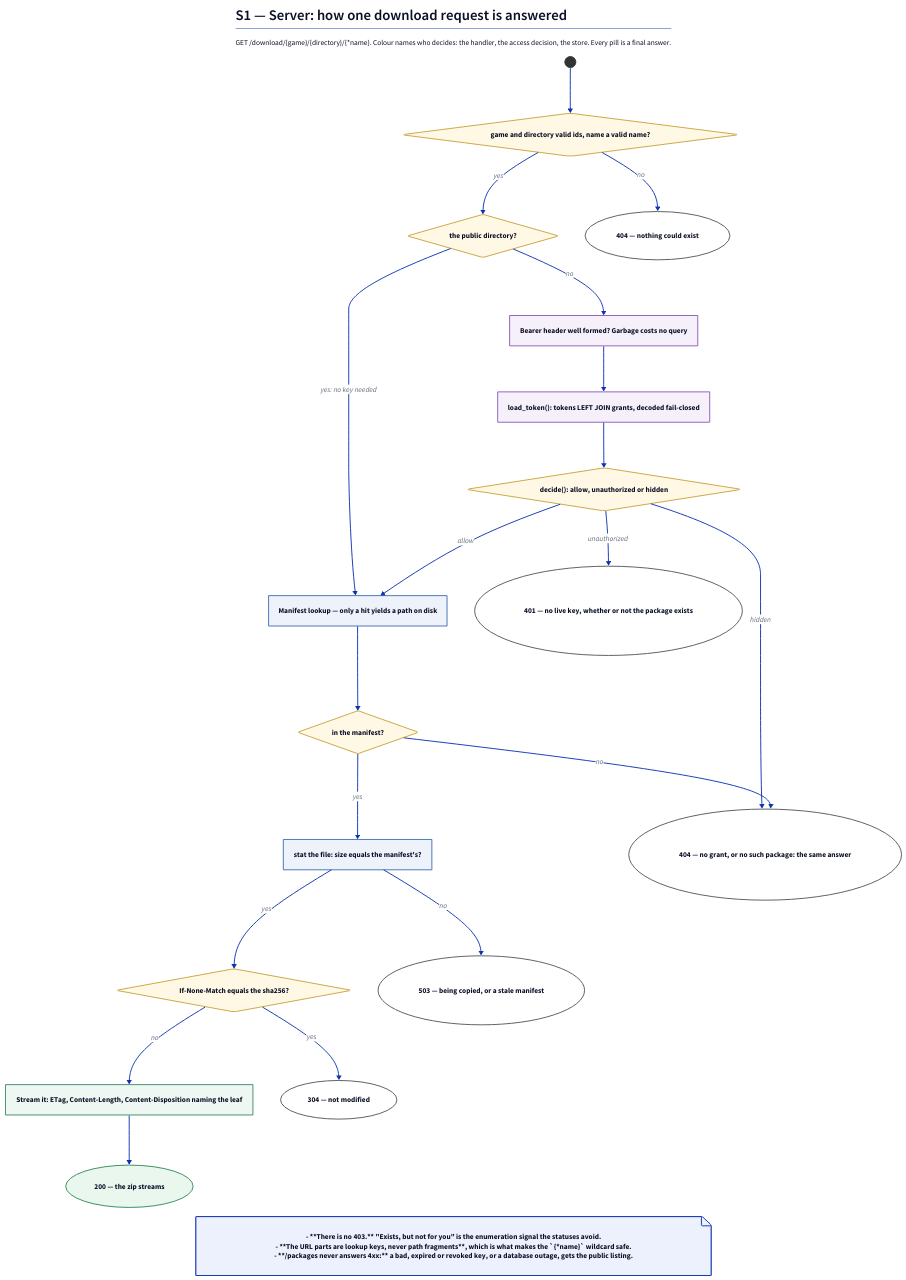
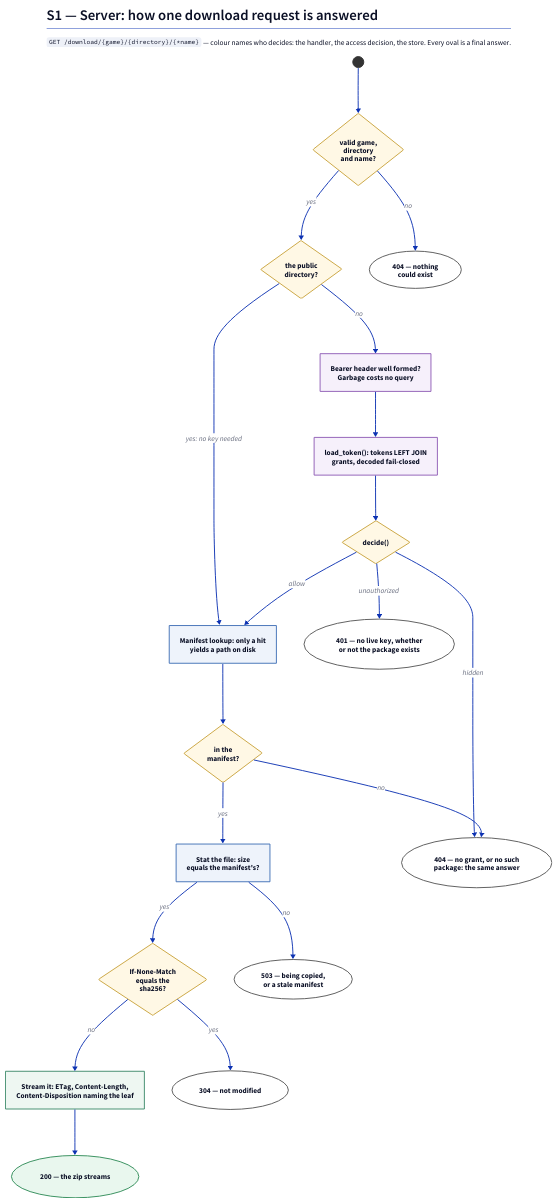
One commit to HighPriest/RBR_copilot_installer changed the diagram in docs/diagrams/activity-server.d2. Above: the diagram before and after it, drawn with D2. The commit also changed 12 other files, not shown here.

First line of the commit message:
docs: the diagrams rendered and fixed; D2 pinned to v0.9.0 (M7)

```diff
--- a/docs/diagrams/activity-server.d2
+++ b/docs/diagrams/activity-server.d2
@@ -1,62 +1,65 @@
 # S1 — the server: how one download request is answered.
 # Sources: server/src/routes.rs, server/src/auth/, server/src/store/.
+
+vars: {
+  d2-config: {
+    layout-engine: dagre
+    theme-id: 0
+    pad: 24
+  }
+}
 
 direction: down
 
 title: |md
   # S1 — Server: how one download request is answered
-  GET /download/{game}/{directory}/{*name}. Colour names who decides: the handler, the access decision, the store. Every pill is a final answer.
+  `GET /download/{game}/{directory}/{*name}` — colour names who decides:
+  the handler, the access decision, the store. Every oval is a final answer.
 | {near: top-center}
 
 classes: {
   handler: {style: {fill: "#EEF7F2"; stroke: "#3D8A6A"}}
   auth: {style: {fill: "#F6F0FB"; stroke: "#8E5BB5"}}
   store: {style: {fill: "#EEF3FB"; stroke: "#3F6FB5"}}
   decision: {shape: diamond; style: {fill: "#FFF8E5"; stroke: "#C9A33B"}}
   answer: {shape: oval; style: {fill: "#FFFFFF"; stroke: "#555555"}}
   ok: {shape: oval; style: {fill: "#E9F7EE"; stroke: "#2E8B57"}}
   dot: {shape: circle; width: 24; height: 24; style: {fill: "#333333"; stroke: "#333333"}}
 }
 
 start: "" {class: dot}
-ids: "game and directory valid ids, name a valid name?" {class: decision}
-public: "the public directory?" {class: decision}
-header: "Bearer header well formed? Garbage costs no query" {class: auth}
-load: "load_token(): tokens LEFT JOIN grants, decoded fail-closed" {class: auth}
-decide: "decide(): allow, unauthorized or hidden" {class: decision}
-lookup: "Manifest lookup — only a hit yields a path on disk" {class: store}
-hit: "in the manifest?" {class: decision}
-size: "stat the file: size equals the manifest's?" {class: store}
-fresh: "If-None-Match equals the sha256?" {class: decision}
-stream: "Stream it: ETag, Content-Length, Content-Disposition naming the leaf" {class: handler}
+ids: "valid game,\ndirectory\nand name?" {class: decision}
+public: "the public\ndirectory?" {class: decision}
+header: "Bearer header well formed?\nGarbage costs no query" {class: auth}
+load: "load_token(): tokens LEFT JOIN\ngrants, decoded fail-closed" {class: auth}
+decide: "decide()" {class: decision}
+lookup: "Manifest lookup: only a hit\nyields a path on disk" {class: store}
+hit: "in the\nmanifest?" {class: decision}
+size: "Stat the file: size\nequals the manifest's?" {class: store}
+fresh: "If-None-Match\nequals the\nsha256?" {class: decision}
+stream: "Stream it: ETag, Content-Length,\nContent-Disposition naming the leaf" {class: handler}
 
-r404a: "404 — nothing could exist" {class: answer}
-r401: "401 — no live key, whether or not the package exists" {class: answer}
-r404b: "404 — no grant, or no such package: the same answer" {class: answer}
-r503: "503 — being copied, or a stale manifest" {class: answer}
+r404a: "404 — nothing\ncould exist" {class: answer}
+r401: "401 — no live key, whether\nor not the package exists" {class: answer}
+r404b: "404 — no grant, or no such\npackage: the same answer" {class: answer}
+r503: "503 — being copied,\nor a stale manifest" {class: answer}
 r304: "304 — not modified" {class: answer}
 r200: "200 — the zip streams" {class: ok}
 
 start -> ids
 ids -> r404a: "no"
 ids -> public: "yes"
 public -> lookup: "yes: no key needed"
 public -> header: "no"
 header -> load -> decide
 decide -> r401: "unauthorized"
 decide -> r404b: "hidden"
 decide -> lookup: "allow"
 lookup -> hit
 hit -> r404b: "no"
 hit -> size: "yes"
 size -> r503: "no"
 size -> fresh: "yes"
 fresh -> r304: "yes"
 fresh -> stream: "no"
 stream -> r200
-
-notes: |md
-  - **There is no 403.** "Exists, but not for you" is the enumeration signal the statuses avoid.
-  - **The URL parts are lookup keys, never path fragments**, which is what makes the `{*name}` wildcard safe.
-  - **/packages never answers 4xx:** a bad, expired or revoked key, or a database outage, gets the public listing.
-| {shape: page; near: bottom-center}
```
